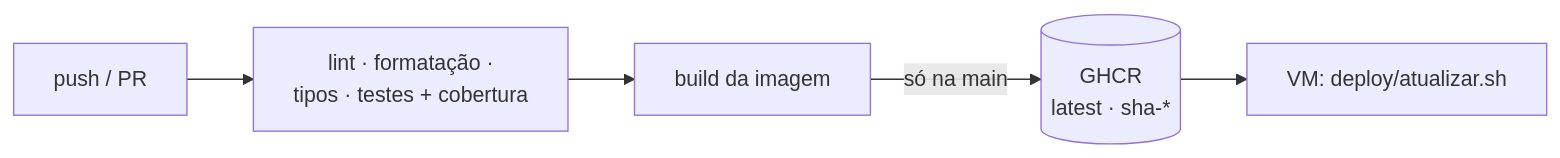
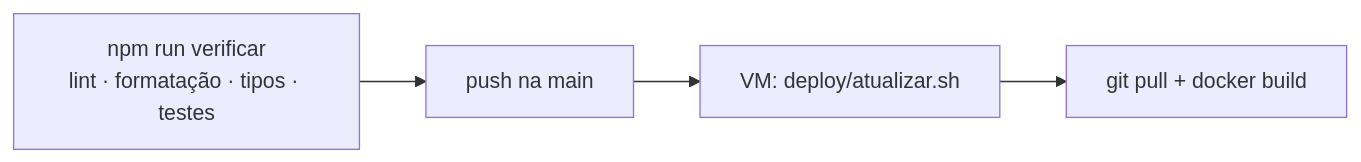
One commit to ssiury/AniversariosAutomatizados changed the eighth of 8 diagrams in docs/arquitetura.md. Above: the diagram before and after it, drawn with Mermaid. The commit also changed other lines of this file and 7 other files, not shown here.

````diff
--- a/docs/arquitetura.md
+++ b/docs/arquitetura.md
@@ -781,7 +781,6 @@
 ```mermaid
 flowchart LR
-    push["push / PR"] --> verificar["lint · formatação ·<br/>tipos · testes + cobertura"]
-    verificar --> build["build da imagem"]
-    build -- "só na main" --> ghcr[("GHCR<br/>latest · sha-*")]
-    ghcr --> vm["VM: deploy/atualizar.sh"]
+    local["npm run verificar<br/>lint · formatação · tipos · testes"] --> push["push na main"]
+    push --> vm["VM: deploy/atualizar.sh"]
+    vm --> build["git pull + docker build"]
 ```
````
